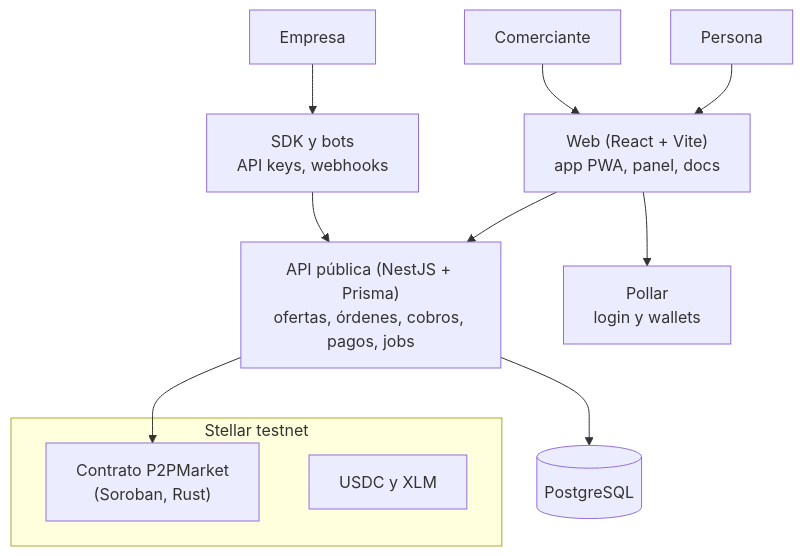
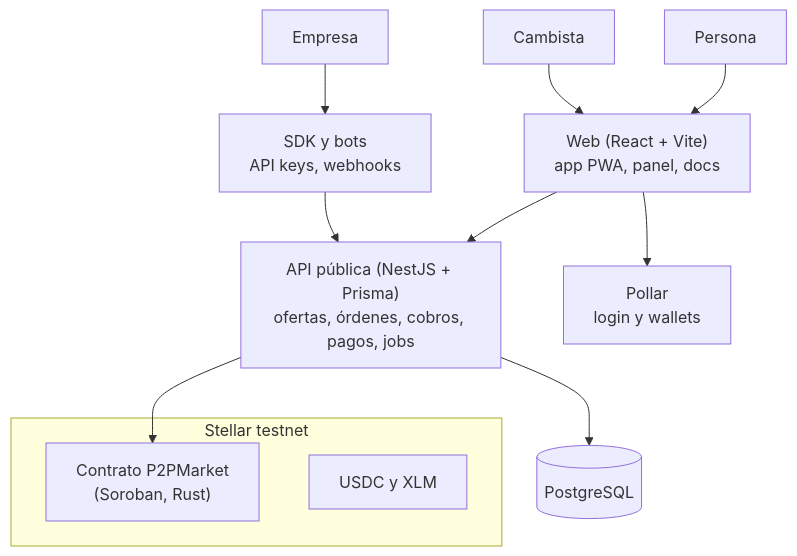
Before and after one commit to 20193688-oss/pier: the diagram in README.md, drawn with Mermaid. The commit also changed other lines of this file and 10 other files, not shown here.

First line of the commit message:
feat(web): «cambista» instead of «comerciante» in the Spanish copy

````diff
--- a/README.md
+++ b/README.md
@@ -65,15 +65,15 @@
 ```mermaid
 flowchart TB
   persona[Persona] --> web
-  comerciante[Comerciante] --> web
+  cambista[Cambista] --> web
   empresa[Empresa] --> sdk
   web["Web (React + Vite)<br/>app PWA, panel, docs"] --> api
   web --> pollar["Pollar<br/>login y wallets"]
   sdk["SDK y bots<br/>API keys, webhooks"] --> api
   api["API pública (NestJS + Prisma)<br/>ofertas, órdenes, cobros, pagos, jobs"] --> db[("PostgreSQL")]
   api --> contrato
   subgraph stellar [Stellar testnet]
     contrato["Contrato P2PMarket<br/>(Soroban, Rust)"]
     activos["USDC y XLM"]
   end
 ```
````
